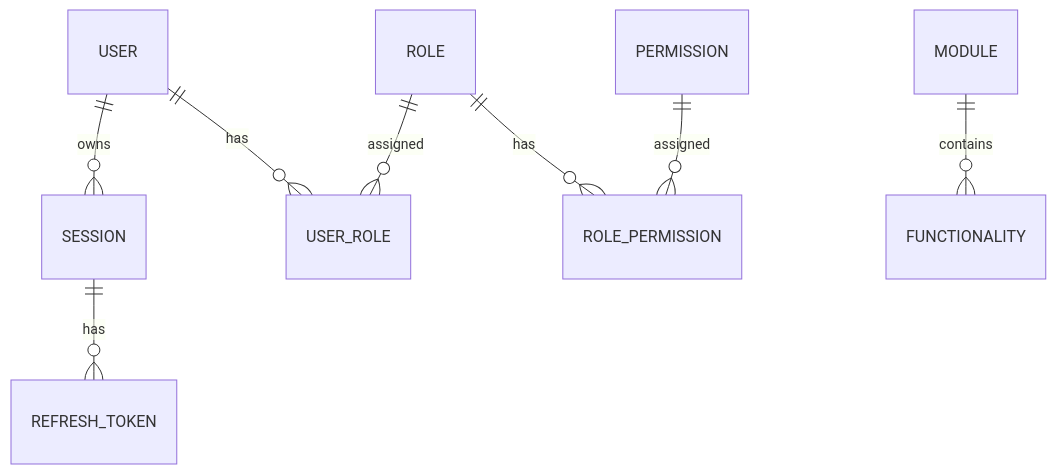
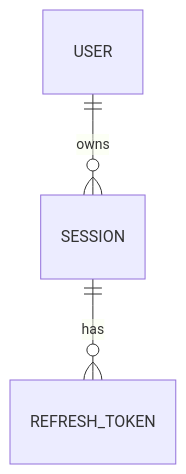
Diagram 13 of 30 in docs/050_BaseDatos.md (chirijose79-ui/Chiri), drawn with Mermaid before and after one commit. The commit also changed other lines of this file, not shown here.

Commit message:
docs(database): finalize database architecture and rules

````diff
--- a/docs/050_BaseDatos.md
+++ b/docs/050_BaseDatos.md
@@ -1293,17 +1365,7 @@
 ```mermaid
 erDiagram
 
     USER ||--o{ SESSION : owns
 
     SESSION ||--o{ REFRESH_TOKEN : has
-
-    USER ||--o{ USER_ROLE : has
-
-    ROLE ||--o{ USER_ROLE : assigned
-
-    ROLE ||--o{ ROLE_PERMISSION : has
-
-    PERMISSION ||--o{ ROLE_PERMISSION : assigned
-
-    MODULE ||--o{ FUNCTIONALITY : contains
 ```
````
